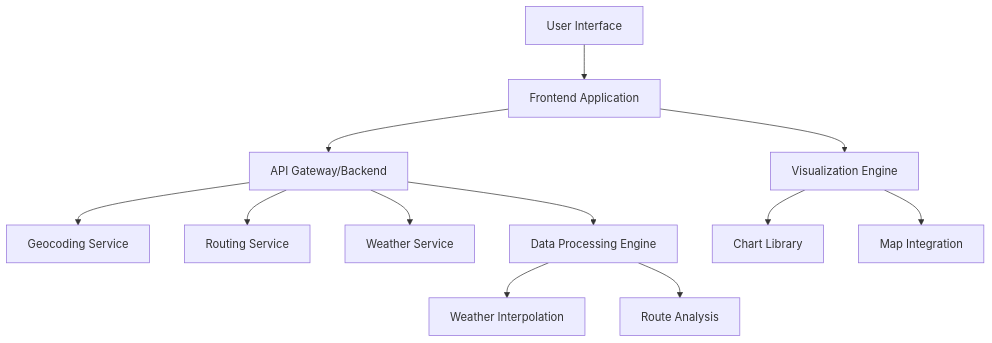
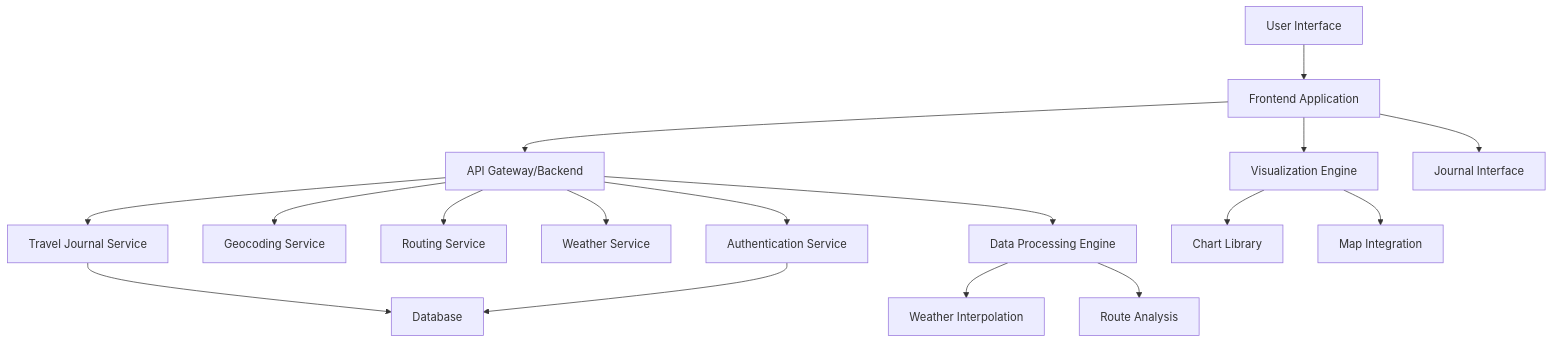
Before and after one commit to philcali/everywhere: the diagram in .kiro/specs/travel-weather-plotter/design.md, drawn with Mermaid. The commit also changed other lines of this file and 13 other files, not shown here.

````diff
--- a/.kiro/specs/travel-weather-plotter/design.md
+++ b/.kiro/specs/travel-weather-plotter/design.md
@@ -13,14 +13,19 @@
 ```mermaid
 graph TB
     A[User Interface] --> B[Frontend Application]
     B --> C[API Gateway/Backend]
-    C --> D[Geocoding Service]
-    C --> E[Routing Service]
-    C --> F[Weather Service]
-    C --> G[Data Processing Engine]
-    G --> H[Weather Interpolation]
-    G --> I[Route Analysis]
-    B --> J[Visualization Engine]
-    J --> K[Chart Library]
-    J --> L[Map Integration]
+    C --> D[Authentication Service]
+    C --> E[Geocoding Service]
+    C --> F[Routing Service]
+    C --> G[Weather Service]
+    C --> H[Data Processing Engine]
+    C --> I[Travel Journal Service]
+    H --> J[Weather Interpolation]
+    H --> K[Route Analysis]
+    I --> L[Database]
+    D --> L
+    B --> M[Visualization Engine]
+    M --> N[Chart Library]
+    M --> O[Map Integration]
+    B --> P[Journal Interface]
 ```
````
